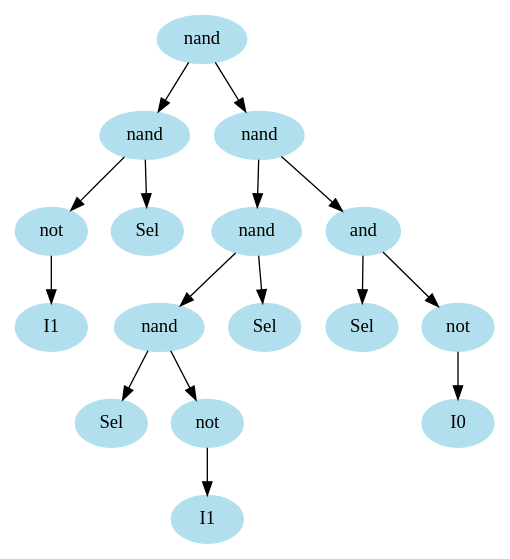
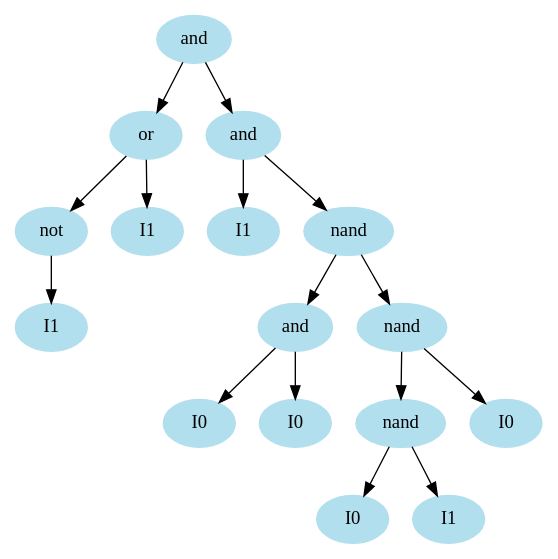
Before and after one commit to king2b3/GP: the diagram in Starting_AST.gv, drawn with Graphviz. The commit also changed 6 other files, not shown here.

```diff
--- a/Starting_AST.gv
+++ b/Starting_AST.gv
@@ -1,35 +1,35 @@
 digraph unix {
 	node [color=lightblue2 style=filled]
 	size="6,6"
-	gate_0 [label=nand]
-	gate_1 [label=nand]
+	gate_0 [label=and]
+	gate_1 [label=or]
 	gate_2 [label=not]
 	ins_0 [label=I1]
-	ins_1 [label=Sel]
-	gate_3 [label=nand]
+	ins_1 [label=I1]
+	gate_3 [label=and]
+	ins_2 [label=I1]
 	gate_4 [label=nand]
-	gate_5 [label=nand]
-	ins_2 [label=Sel]
-	gate_6 [label=not]
-	ins_3 [label=I1]
-	ins_4 [label=Sel]
-	gate_7 [label=and]
-	ins_5 [label=Sel]
-	gate_8 [label=not]
-	ins_6 [label=I0]
+	gate_5 [label=and]
+	ins_3 [label=I0]
+	ins_4 [label=I0]
+	gate_6 [label=nand]
+	gate_7 [label=nand]
+	ins_5 [label=I0]
+	ins_6 [label=I1]
+	ins_7 [label=I0]
 	gate_0 -> gate_1
 	gate_0 -> gate_3
 	gate_1 -> gate_2
 	gate_1 -> ins_1
 	gate_2 -> ins_0
+	gate_3 -> ins_2
 	gate_3 -> gate_4
-	gate_3 -> gate_7
 	gate_4 -> gate_5
-	gate_4 -> ins_4
-	gate_5 -> ins_2
-	gate_5 -> gate_6
-	gate_6 -> ins_3
+	gate_4 -> gate_6
+	gate_5 -> ins_3
+	gate_5 -> ins_4
+	gate_6 -> gate_7
+	gate_6 -> ins_7
 	gate_7 -> ins_5
-	gate_7 -> gate_8
-	gate_8 -> ins_6
+	gate_7 -> ins_6
 }
```
